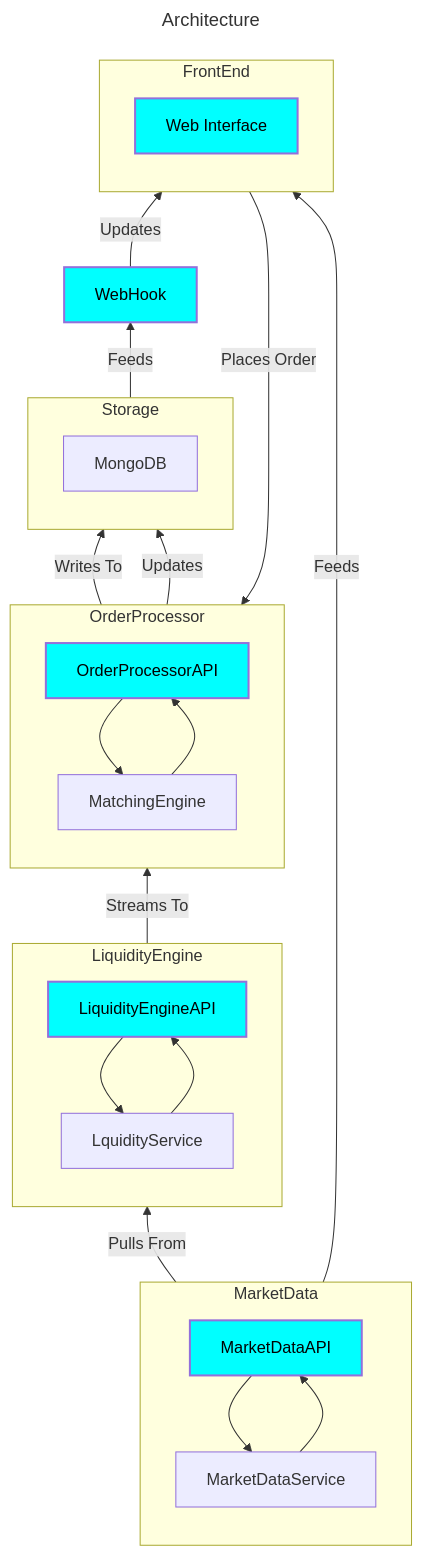
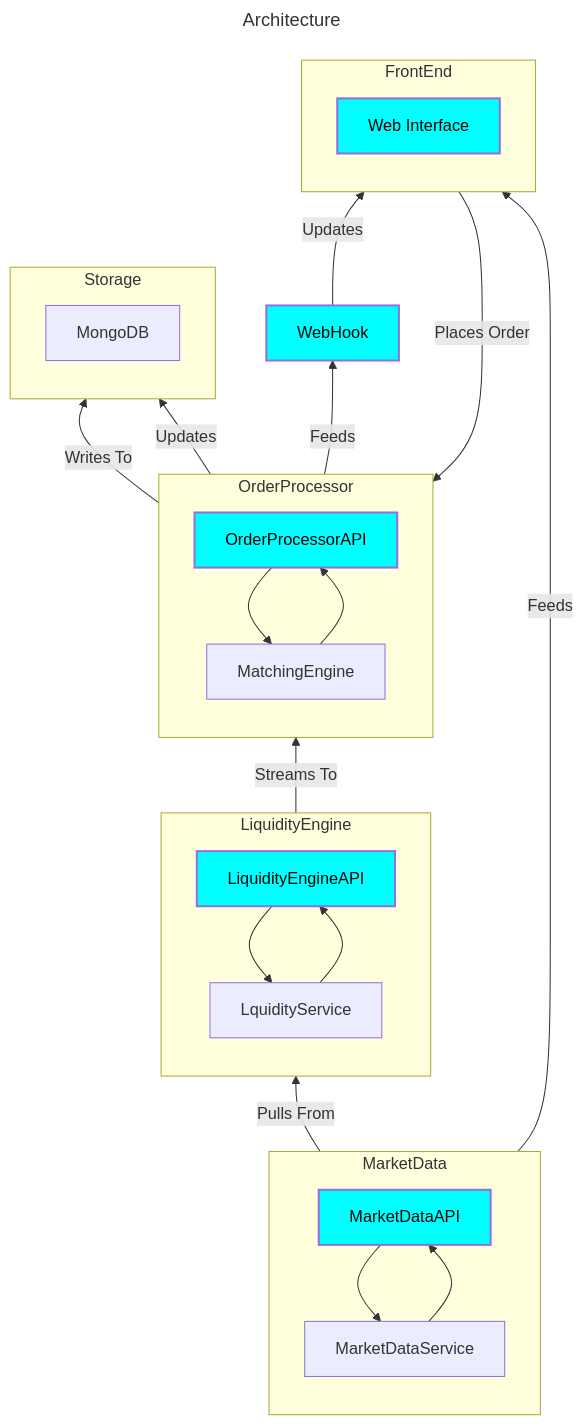
The diagram in Docs/architecture.md (PerkinsDan/trading-platform), drawn with Mermaid before and after one commit.

Commit message:
web hook feeds off of orderprocessor, not storage

````diff
--- a/Docs/architecture.md
+++ b/Docs/architecture.md
@@ -1,57 +1,56 @@
 ```mermaid
 ---
 title: Architecture
 ---
 graph BT;
    subgraph FrontEnd
        A[Web Interface]
    end
 
 
    subgraph OrderProcessor
        B[OrderProcessorAPI]
        C[MatchingEngine]
        B --> C
        C --> B
    end
 
 
    subgraph Storage
        E[MongoDB]
    end
 
 
    subgraph MarketData
        F[MarketDataAPI]
        G[MarketDataService]
        F --> G
        G --> F
    end
 
 
    subgraph LiquidityEngine
        K[LiquidityEngineAPI]
        L[LquidityService]
        K --> L
        L --> K
    end
 
    FrontEnd --> |Places Order| OrderProcessor
    OrderProcessor --> |Writes To| Storage
    OrderProcessor --> |Updates| Storage
 
- Storage --> |Feeds| WebHook
+   OrderProcessor --> |Feeds| WebHook
    WebHook --> |Updates| FrontEnd
 
 
    MarketData -->|Pulls From| LiquidityEngine
    MarketData --> |Feeds| FrontEnd
 
 
    LiquidityEngine --> |Streams To| OrderProcessor
 
 
    classDef cloud fill:#00FFFF,stroke:#00000,stroke-width:2px,color:#000000;
    class A,B,F,K,WebHook cloud;
-
 ```
````
